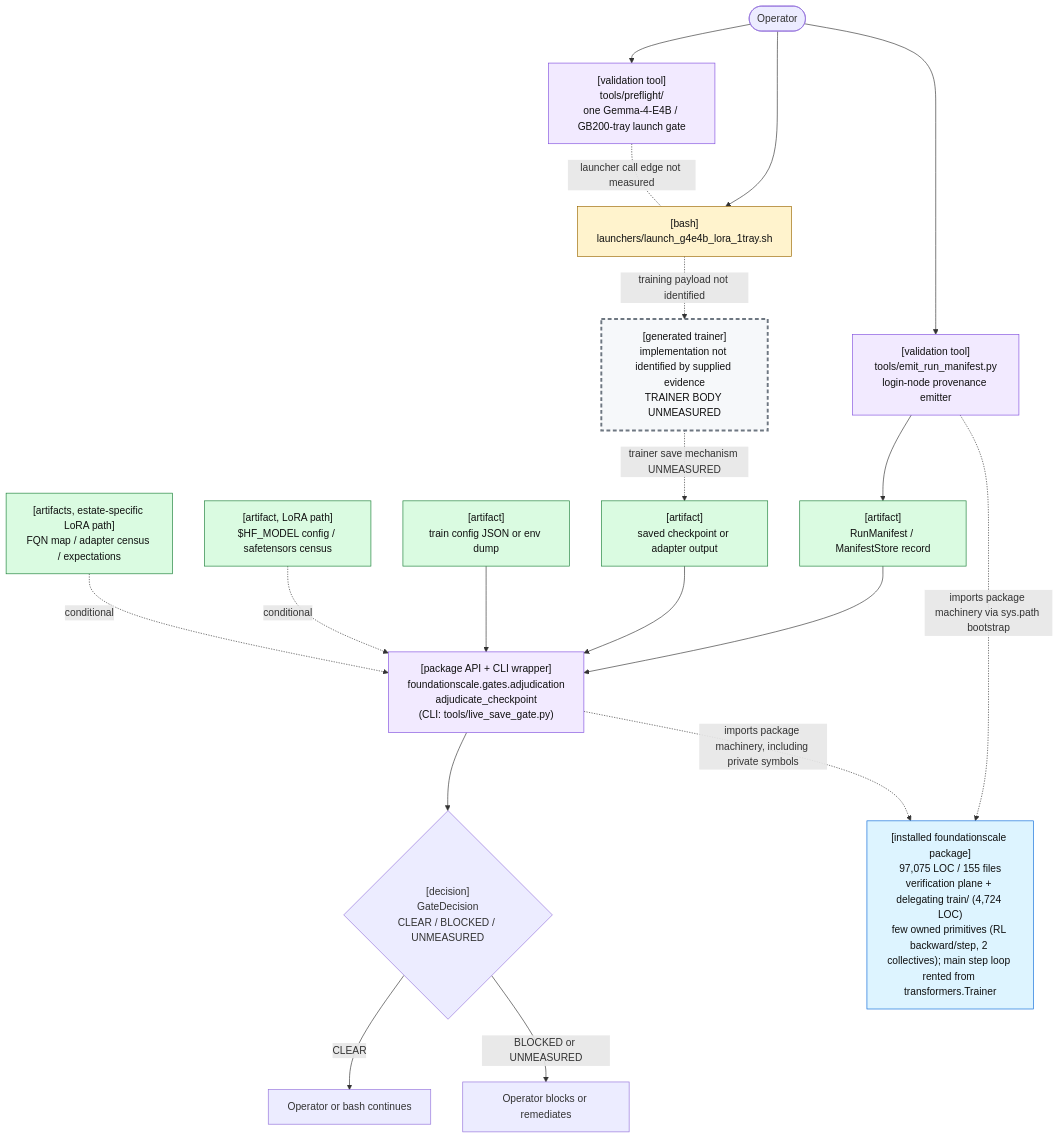
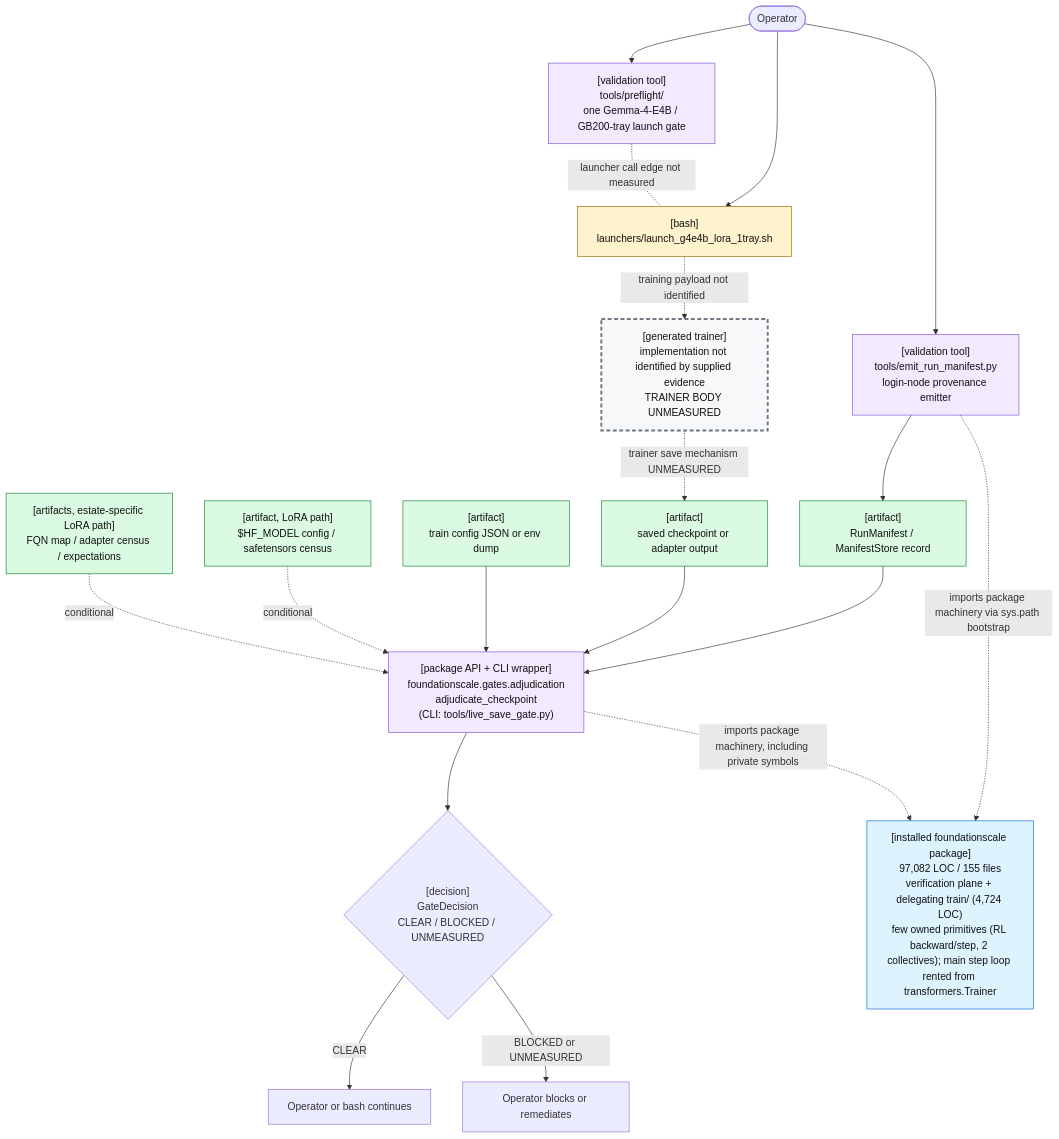
One commit to TranNhiem/FoundationScale changed the first of 2 diagrams in docs/review/D2_current_architecture.md. Above: the diagram before and after it, drawn with Mermaid. The commit also changed other lines of this file and 15 other files, not shown here.

````diff
--- a/docs/review/D2_current_architecture.md
+++ b/docs/review/D2_current_architecture.md
@@ -25,59 +25,59 @@
 ```mermaid
 flowchart TB
   O(["Operator"])
 
   PF["[validation tool]<br/>tools/preflight/<br/>one Gemma-4-E4B / GB200-tray launch gate"]
   L["[bash]<br/>launchers/launch_g4e4b_lora_1tray.sh"]
 
   E["[validation tool]<br/>tools/emit_run_manifest.py<br/>login-node provenance emitter"]
   M["[artifact]<br/>RunManifest / ManifestStore record"]
 
   T["[generated trainer]<br/>implementation not identified by supplied evidence<br/>TRAINER BODY UNMEASURED"]
   C["[artifact]<br/>saved checkpoint or adapter output"]
 
   G["[package API + CLI wrapper]<br/>foundationscale.gates.adjudication<br/>adjudicate_checkpoint<br/>(CLI: tools/live_save_gate.py)"]
   CFG["[artifact]<br/>train config JSON or env dump"]
   BASE["[artifact, LoRA path]<br/>$HF_MODEL config / safetensors census"]
   CEN["[artifacts, estate-specific LoRA path]<br/>FQN map / adapter census / expectations"]
 
   D{"[decision]<br/>GateDecision<br/>CLEAR / BLOCKED / UNMEASURED"}
   OK["Operator or bash continues"]
   NO["Operator blocks or remediates"]
 
-  PKG["[installed foundationscale package]<br/>97,075 LOC / 155 files<br/>verification plane + delegating train/ (4,724 LOC)<br/>few owned primitives (RL backward/step, 2 collectives); main step loop rented from transformers.Trainer"]
+  PKG["[installed foundationscale package]<br/>97,082 LOC / 155 files<br/>verification plane + delegating train/ (4,724 LOC)<br/>few owned primitives (RL backward/step, 2 collectives); main step loop rented from transformers.Trainer"]
 
   O --> PF
   O --> L
   PF -. "launcher call edge not measured" .- L
 
   O --> E
   E --> M
 
   L -. "training payload not identified" .-> T
   T -. "trainer save mechanism UNMEASURED" .-> C
 
   M --> G
   C --> G
   CFG --> G
   BASE -. "conditional" .-> G
   CEN -. "conditional" .-> G
 
   E -. "imports package machinery via sys.path bootstrap" .-> PKG
   G -. "imports package machinery, including private symbols" .-> PKG
 
   G --> D
   D -->|"CLEAR"| OK
   D -->|"BLOCKED or UNMEASURED"| NO
 
   classDef bash fill:#fff3cd,stroke:#9a6700,color:#111;
   classDef tool fill:#f2eaff,stroke:#8250df,color:#111;
   classDef artifact fill:#dafbe1,stroke:#1a7f37,color:#111;
   classDef gap fill:#f6f8fa,stroke:#6e7781,stroke-width:3px,stroke-dasharray: 6 4,color:#111;
   classDef pkg fill:#ddf4ff,stroke:#0969da,color:#111;
 
   class L bash;
   class PF,E,G tool;
   class M,C,CFG,BASE,CEN artifact;
   class T gap;
   class PKG pkg;
 ```
````
